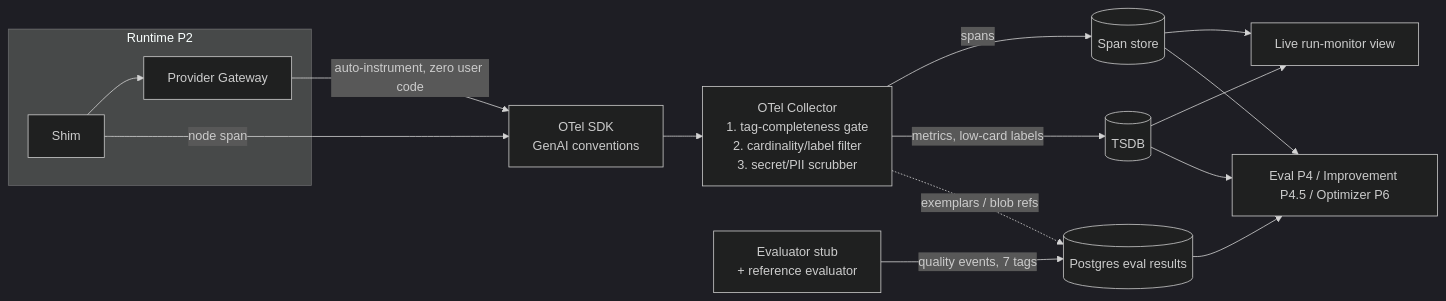
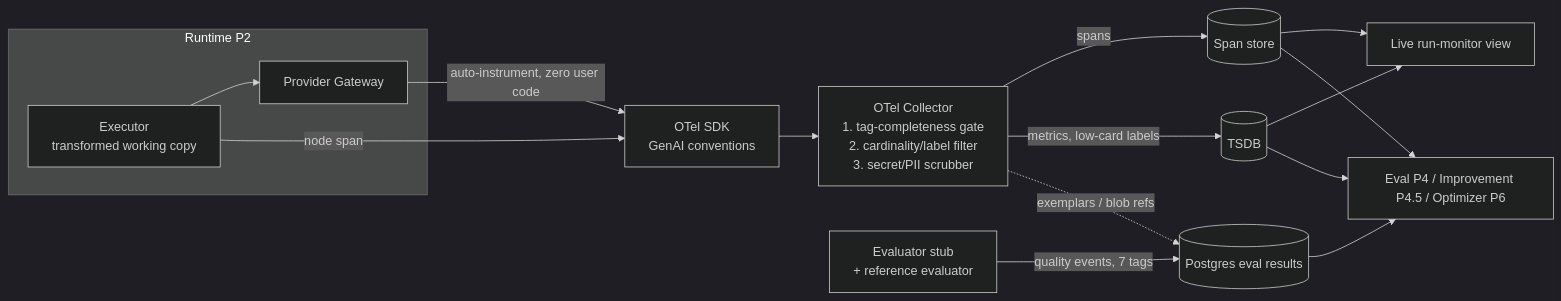
The diagram in openspec/changes/p2.5-metrics-observability/design.md (damonleelcx/heros-agent), drawn with Mermaid (dark theme) before and after one commit. The commit also changed other lines of this file and 37 other files, not shown here.

````diff
--- a/openspec/changes/p2.5-metrics-observability/design.md
+++ b/openspec/changes/p2.5-metrics-observability/design.md
@@ -145,15 +145,15 @@
 ```mermaid
 graph LR
   subgraph Runtime P2
-    SH[Shim] --> GW[Provider Gateway]
+    EX[Executor<br/>transformed working copy] --> GW[Provider Gateway]
   end
   GW -->|auto-instrument, zero user code| OT[OTel SDK<br/>GenAI conventions]
-  SH -->|node span| OT
+  EX -->|node span| OT
   OT --> COL[OTel Collector<br/>1. tag-completeness gate<br/>2. cardinality/label filter<br/>3. secret/PII scrubber]
   COL -->|spans| SPAN[(Span store)]
   COL -->|metrics, low-card labels| TSDB[(TSDB)]
   EVAL[Evaluator stub<br/>+ reference evaluator] -->|quality events, 7 tags| PG[(Postgres eval results)]
   COL -.exemplars / blob refs.-> PG
   SPAN & TSDB --> MON[Live run-monitor view]
   SPAN & TSDB & PG --> DOWN[Eval P4 / Improvement P4.5 / Optimizer P6]
 ```
````
